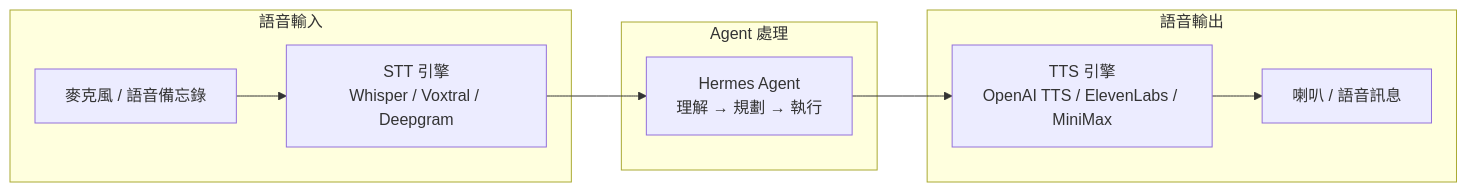
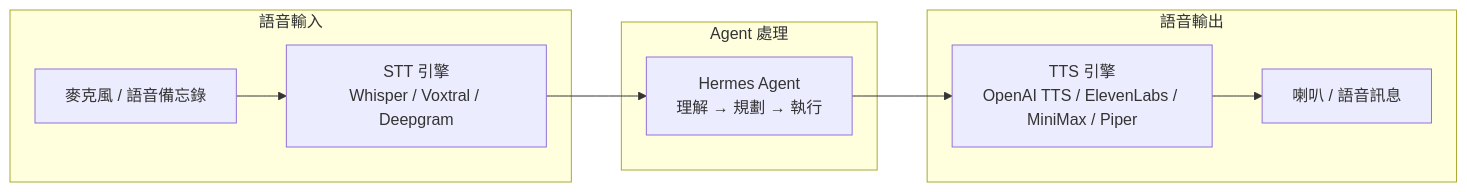
Before and after one commit to chihhung/Blog: diagram 13 of 21 in content/posts/教學/AI開發/Hermes Agent生態系教學手冊.md, drawn with Mermaid. The commit also changed other lines of this file and 1 other file, not shown here.

````diff
--- a/content/posts/教學/AI開發/Hermes Agent生態系教學手冊.md
+++ b/content/posts/教學/AI開發/Hermes Agent生態系教學手冊.md
@@ -1806,21 +2090,21 @@
 ```mermaid
 graph LR
     subgraph "語音輸入"
         MIC[麥克風 / 語音備忘錄]
         STT[STT 引擎<br/>Whisper / Voxtral / Deepgram]
     end
     
     subgraph "Agent 處理"
         AGENT[Hermes Agent<br/>理解 → 規劃 → 執行]
     end
     
     subgraph "語音輸出"
-        TTS[TTS 引擎<br/>OpenAI TTS / ElevenLabs / MiniMax]
+        TTS[TTS 引擎<br/>OpenAI TTS / ElevenLabs / MiniMax / Piper]
         SPK[喇叭 / 語音訊息]
     end
     
     MIC --> STT
     STT --> AGENT
     AGENT --> TTS
     TTS --> SPK
 ```
````
